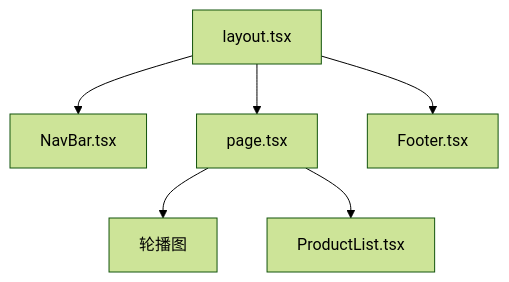
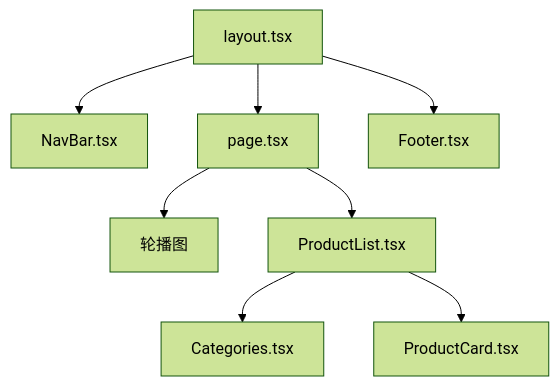
The diagram in source/_posts/Blender网站源码/流程图.md (wealipay/blog), drawn with Mermaid (forest theme) before and after one commit.

```diff
--- a/source/_posts/Blender网站源码/流程图.md
+++ b/source/_posts/Blender网站源码/流程图.md
@@ -10,8 +10,17 @@
 {% mermaid %}
 graph TD;
 layout.tsx-->NavBar.tsx;
+click layout.tsx "https://blog.wealipay.top/posts/layout.html";
+click NavBar.tsx "https://blog.wealipay.top/posts/navbar.html";
 layout.tsx-->page.tsx;
+click page.tsx "https://blog.wealipay.top/posts/page.html";
 layout.tsx-->Footer.tsx;
+click Footer.tsx "https://blog.wealipay.top/posts/footer.html";
 page.tsx-->轮播图;
 page.tsx-->ProductList.tsx;
+click ProductList.tsx "https://blog.wealipay.top/posts/productlist.html";
+ProductList.tsx-->Categories.tsx;
+click Categories.tsx "https://blog.wealipay.top/posts/categories.html";
+ProductList.tsx-->ProductCard.tsx;
+click ProductCard.tsx "https://blog.wealipay.top/posts/productcard.html";
 {% endmermaid %}
```
